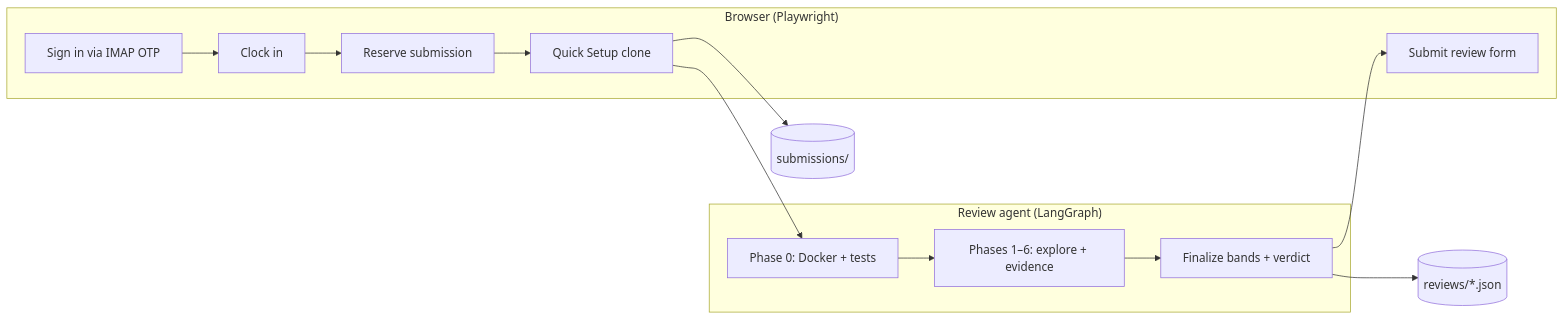
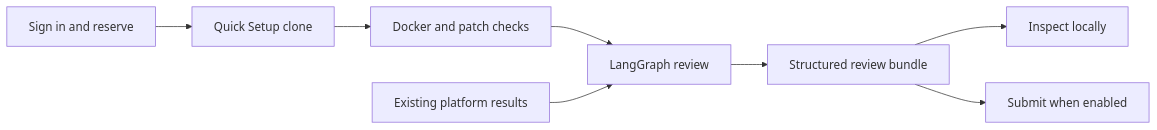
One commit to vaishcodescape/shipd-agent changed the diagram in README.md. Above: the diagram before and after it, drawn with Mermaid. The commit also changed other lines of this file and 19 other files, not shown here.

Commit message:
Improve GitHub onboarding and guard review browser actions (#7)

````diff
--- a/README.md
+++ b/README.md
@@ -13,21 +139,10 @@
 ```mermaid
 flowchart LR
-  subgraph browser["Browser (Playwright)"]
-    A[Sign in via IMAP OTP]
-    B[Clock in]
-    C[Reserve submission]
-    D[Quick Setup clone]
-    E[Submit review form]
-  end
-
-  subgraph review["Review agent (LangGraph)"]
-    P0[Phase 0: Docker + tests]
-    P1[Phases 1–6: explore + evidence]
-    F[Finalize bands + verdict]
-  end
-
-  A --> B --> C --> D --> P0 --> P1 --> F
-  F --> E
-  F --> G[(reviews/*.json)]
-  D --> H[(submissions/)]
+    A[Sign in and reserve] --> B[Quick Setup clone]
+    B --> C[Docker and patch checks]
+    C --> D[LangGraph review]
+    E[Existing platform results] --> D
+    D --> F[Structured review bundle]
+    F --> G[Inspect locally]
+    F --> H[Submit when enabled]
 ```
````
